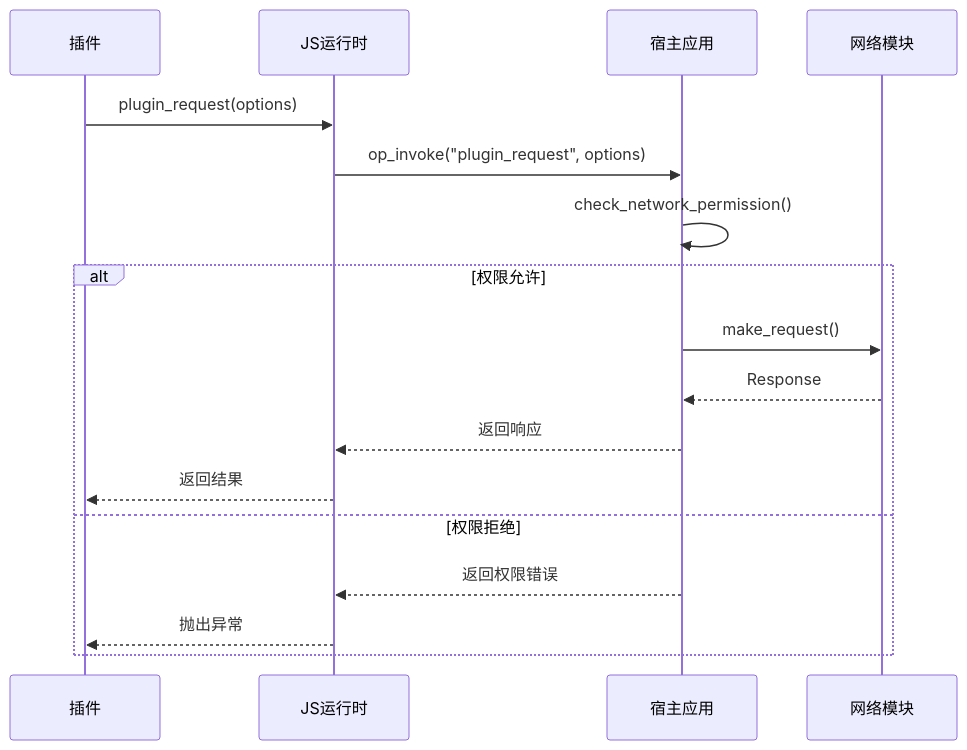
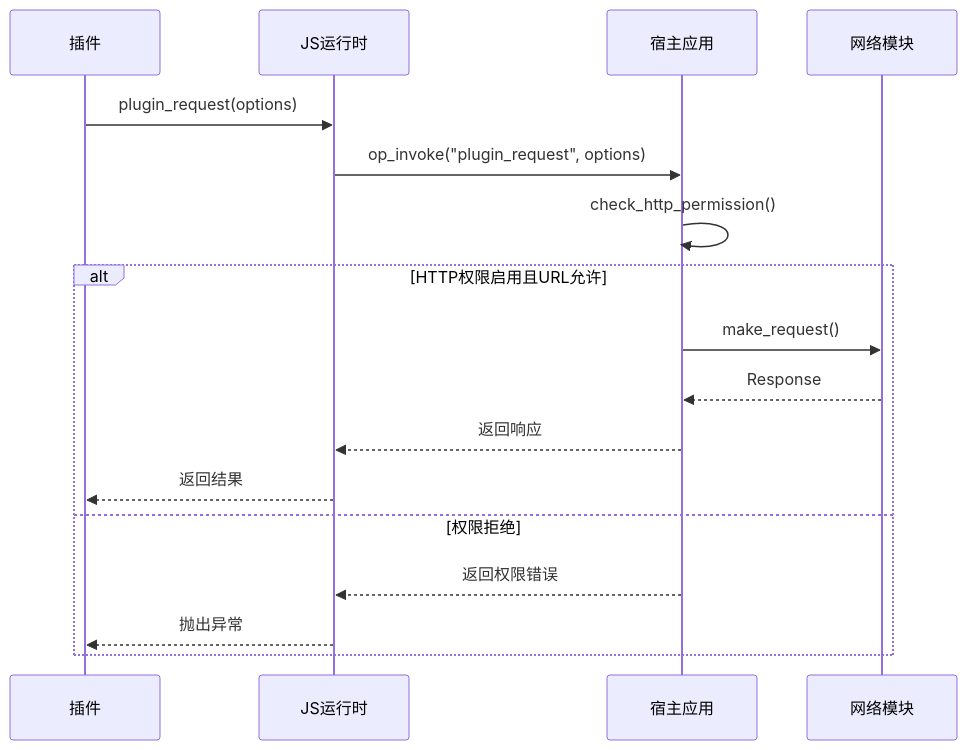
The second of 4 diagrams in .qoder/repowiki/zh/content/核心功能详解/插件系统架构/插件权限控制.md (Onin-app/Onin), drawn with Mermaid before and after one commit. The commit also changed other lines of this file and 14 other files, not shown here.

````diff
--- a/.qoder/repowiki/zh/content/核心功能详解/插件系统架构/插件权限控制.md
+++ b/.qoder/repowiki/zh/content/核心功能详解/插件系统架构/插件权限控制.md
@@ -102,19 +138,19 @@
 ```mermaid
 sequenceDiagram
 participant Plugin as 插件
 participant Runtime as JS运行时
 participant Host as 宿主应用
 participant Network as 网络模块
 Plugin->>Runtime : plugin_request(options)
 Runtime->>Host : op_invoke("plugin_request", options)
-Host->>Host : check_network_permission()
-alt 权限允许
+Host->>Host : check_http_permission()
+alt HTTP权限启用且URL允许
 Host->>Network : make_request()
 Network-->>Host : Response
 Host-->>Runtime : 返回响应
 Runtime-->>Plugin : 返回结果
 else 权限拒绝
 Host-->>Runtime : 返回权限错误
 Runtime-->>Plugin : 抛出异常
 end
 ```
````
